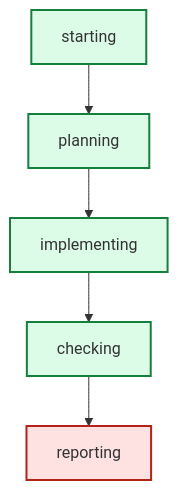
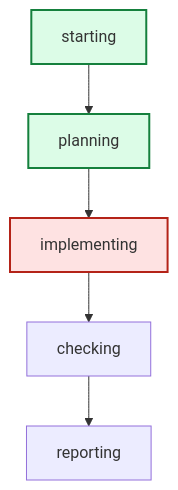
The diagram in latest/graph.mmd (daniell0gda/hermes-feature-check-dashboard), drawn with Mermaid before and after one commit. The commit also changed 24 other files, not shown here.

```diff
--- a/latest/graph.mmd
+++ b/latest/graph.mmd
@@ -1,14 +1,12 @@
 graph TD
     starting --> planning
     planning --> implementing
     implementing --> checking
     checking --> reporting
 
 classDef done fill:#dcfce7,stroke:#15803d,stroke-width:2px;
 classDef active fill:#dbeafe,stroke:#2563eb,stroke-width:3px;
 classDef failed fill:#fee2e2,stroke:#b42318,stroke-width:2px;
+class implementing failed;
 class planning done;
-class implementing done;
-class checking done;
 class starting done;
-class reporting failed;
```
